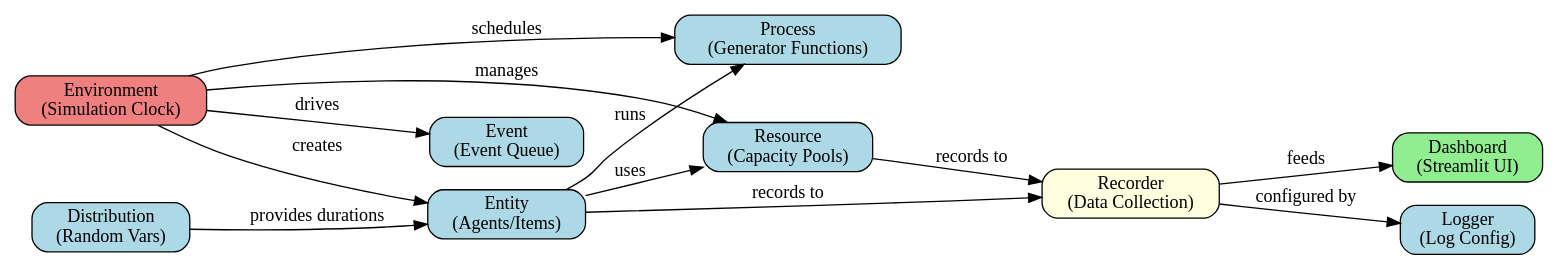
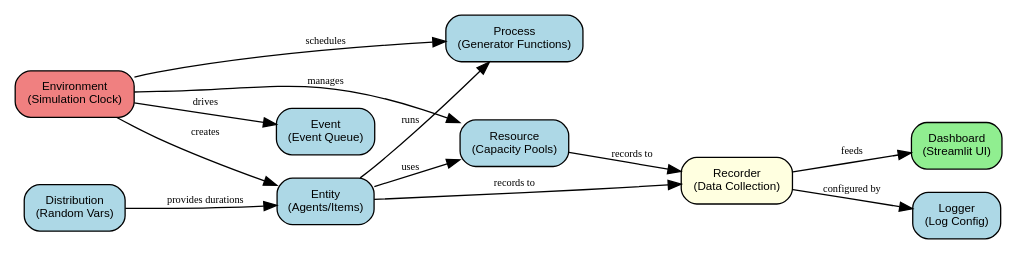
Before and after one commit to Project-SimPM/SimPM: the diagram in docs/source/_visualizations/simpm_architecture.dot, drawn with Graphviz. The commit also changed 8 other files, not shown here.

Commit message:
Reduce font sizes in diagrams for better proportionality and readability

```diff
--- a/docs/source/_visualizations/simpm_architecture.dot
+++ b/docs/source/_visualizations/simpm_architecture.dot
@@ -1,49 +1,50 @@
 digraph SimPM_Architecture {
-    graph [rankdir=LR, bgcolor=white];
-    node [shape=box, style="filled,rounded", fillcolor=lightblue];
+    graph [rankdir=LR, bgcolor=white, fontsize=10];
+    node [shape=box, style="filled,rounded", fillcolor=lightblue, fontsize=9, fontname="Arial"];
+    edge [fontsize=8];
     
     // Core modules
     Environment [label="Environment
 (Simulation Clock)"];
     Entity [label="Entity
 (Agents/Items)"];
     Resource [label="Resource
 (Capacity Pools)"];
     Distribution [label="Distribution
 (Random Vars)"];
     
     // Process management
     Process [label="Process
 (Generator Functions)"];
     Event [label="Event
 (Event Queue)"];
     
     // Logging & Output
     Recorder [label="Recorder
 (Data Collection)"];
     Dashboard [label="Dashboard
 (Streamlit UI)"];
     Logger [label="Logger
 (Log Config)"];
     
     // Relationships
     Environment -> Entity [label="creates"];
     Environment -> Resource [label="manages"];
     Environment -> Process [label="schedules"];
     Environment -> Event [label="drives"];
     
     Entity -> Process [label="runs"];
     Entity -> Resource [label="uses"];
     Entity -> Recorder [label="records to"];
     
     Resource -> Recorder [label="records to"];
     Distribution -> Entity [label="provides durations"];
     
     Recorder -> Dashboard [label="feeds"];
     Recorder -> Logger [label="configured by"];
     
     // Styling
     Environment [fillcolor=lightcoral];
     Dashboard [fillcolor=lightgreen];
     Recorder [fillcolor=lightyellow];
 }
```
